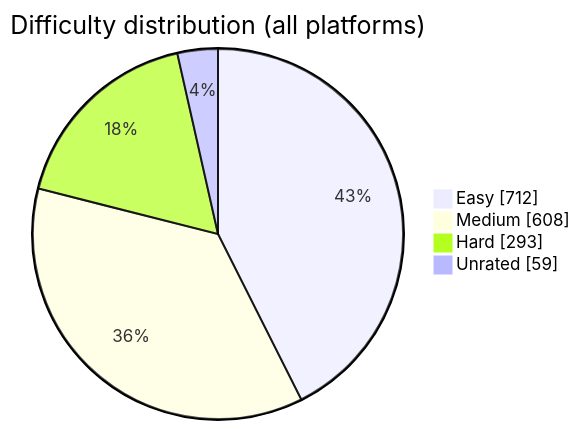
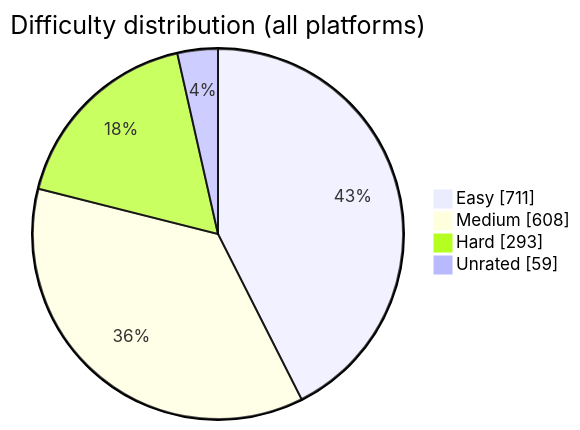
Before and after one commit to BuildbyArindam/Daily-Coding-Log: the diagram in README.md, drawn with Mermaid. The commit also changed other lines of this file, not shown here.

````diff
--- a/README.md
+++ b/README.md
@@ -93,7 +93,7 @@
 ```mermaid
 pie showData title Difficulty distribution (all platforms)
-    "Easy" : 712
+    "Easy" : 711
     "Medium" : 608
     "Hard" : 293
     "Unrated" : 59
 ```
````
